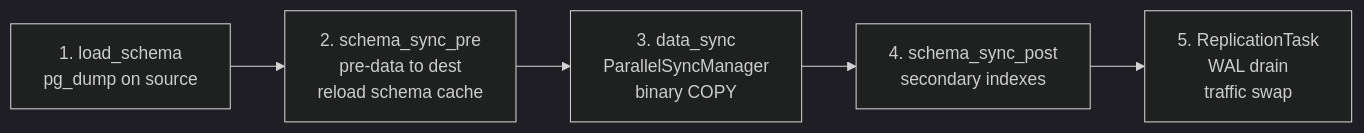
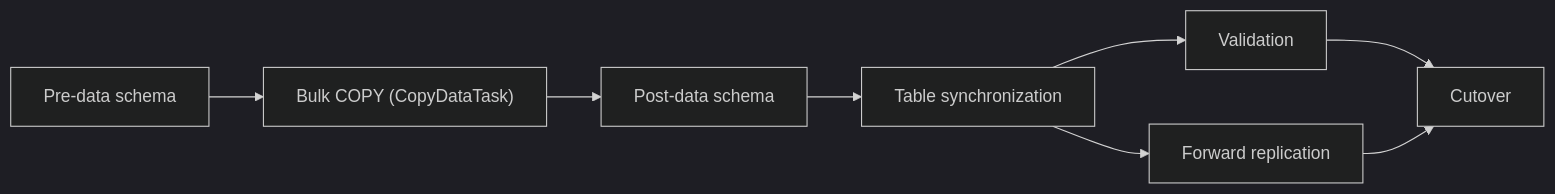
Before and after one commit to pgdogdev/pgdog: the diagram in docs/RESHARDING.md, drawn with Mermaid (dark theme). The commit also changed other lines of this file and 44 other files, not shown here.

````diff
--- a/docs/RESHARDING.md
+++ b/docs/RESHARDING.md
@@ -38,10 +57,17 @@
 ```mermaid
 flowchart LR
-    A["1. load_schema<br>pg_dump on source"]
-    B["2. schema_sync_pre<br>pre-data to dest<br>reload schema cache"]
-    C["3. data_sync<br>ParallelSyncManager<br>binary COPY"]
-    D["4. schema_sync_post<br>secondary indexes"]
-    E["5. ReplicationTask<br>WAL drain<br>traffic swap"]
+    A["Pre-data schema"]
+    B["Bulk COPY (CopyDataTask)"]
+    C["Post-data schema"]
+    D["Table synchronization"]
+    B --> C --> D
+    F["Validation"]
+    G["Forward replication"]
+    H["Cutover"]
 
-    A --> B --> C --> D --> E
+    A --> B
+    D --> F
+    D --> G
+    F --> H
+    G --> H
 ```
````
